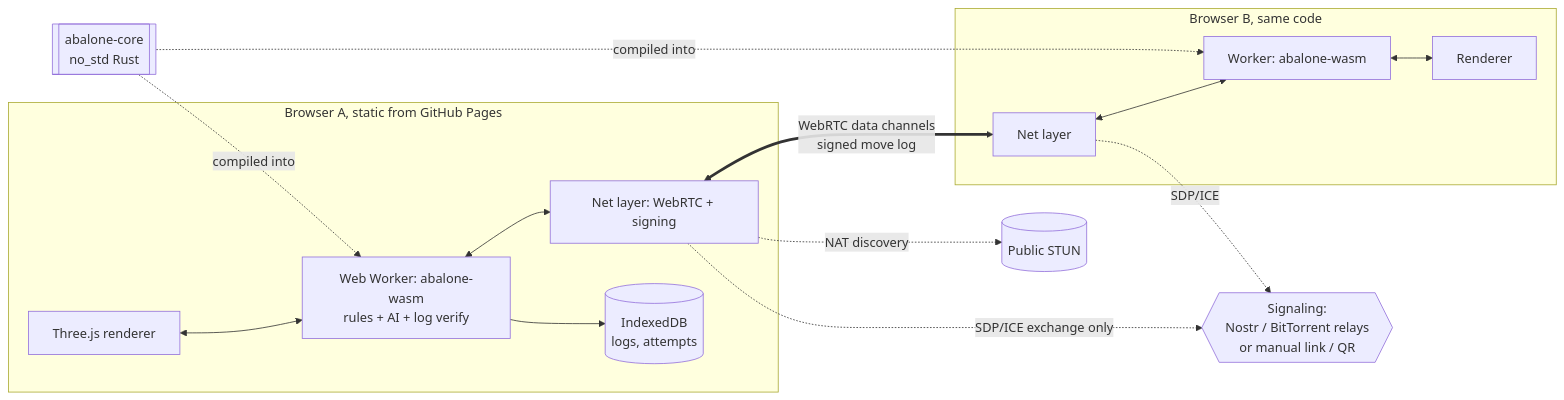
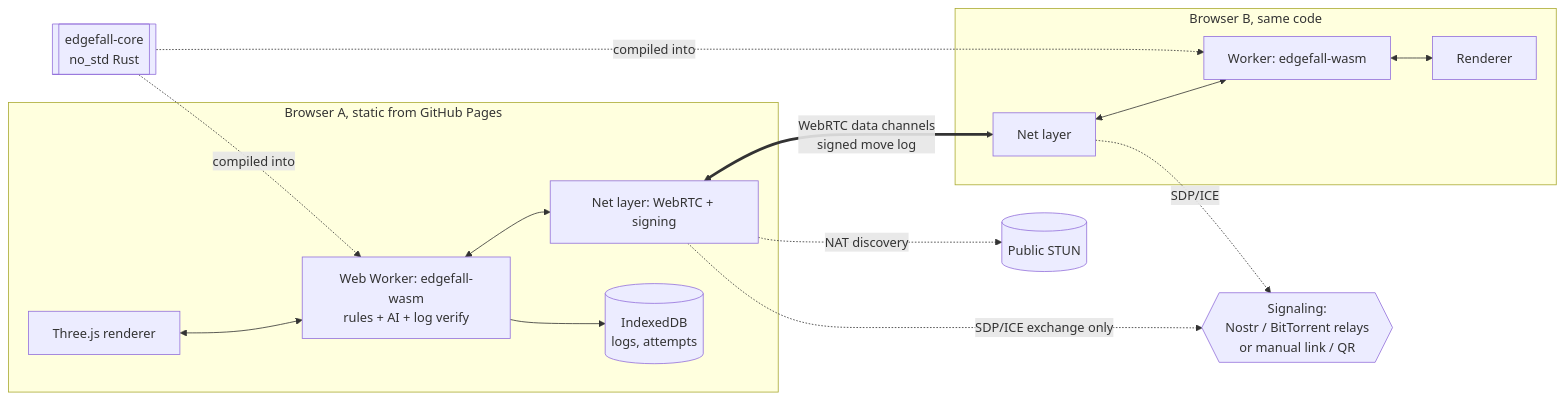
The diagram in docs/specs/tech.md (TidyMaze/ab-alone), drawn with Mermaid before and after one commit. The commit also changed other lines of this file and 228 other files, not shown here.

First line of the commit message:
chore: the crates are edgefall-core, edgefall-wasm and edgefall-cli, the wasm pkg edgefall-wasm and the client edgefall-client, with no player-visible change (Closes #1653)

````diff
--- a/docs/specs/tech.md
+++ b/docs/specs/tech.md
@@ -29,21 +29,21 @@
 ```mermaid
 flowchart LR
   subgraph A[Browser A, static from GitHub Pages]
     UIA[Three.js renderer]
-    WA[Web Worker: abalone-wasm\nrules + AI + log verify]
+    WA[Web Worker: edgefall-wasm\nrules + AI + log verify]
     NA[Net layer: WebRTC + signing]
     UIA <--> WA
     WA <--> NA
     DBA[(IndexedDB\nlogs, attempts)]
     WA --> DBA
   end
   subgraph B[Browser B, same code]
-    NB[Net layer] <--> WB[Worker: abalone-wasm] <--> UIB[Renderer]
+    NB[Net layer] <--> WB[Worker: edgefall-wasm] <--> UIB[Renderer]
   end
   NA <== "WebRTC data channels\nsigned move log" ==> NB
   NA -. "SDP/ICE exchange only" .-> SIG{{Signaling:\nNostr / BitTorrent relays\nor manual link / QR}}
   NB -. SDP/ICE .-> SIG
   NA -. NAT discovery .-> STUN[(Public STUN)]
-  Core[[abalone-core\nno_std Rust]] -. compiled into .-> WA
+  Core[[edgefall-core\nno_std Rust]] -. compiled into .-> WA
   Core -. compiled into .-> WB
 ```
````
